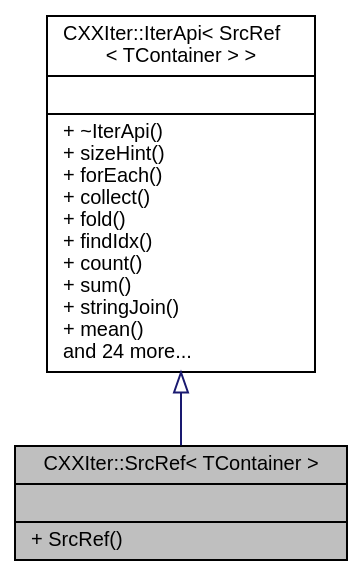
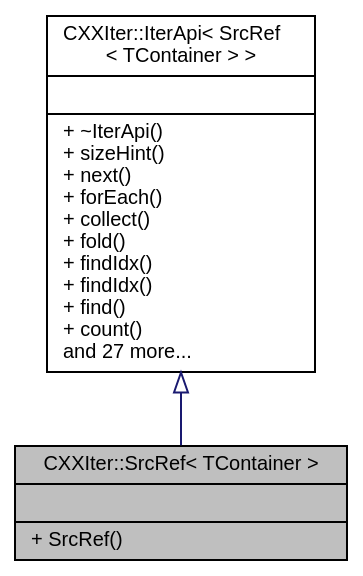
One commit to seijikun/CXXIter changed the diagram in classCXXIter_1_1SrcRef__coll__graph.dot. Above: the diagram before and after it, drawn with Graphviz. The commit also changed 24 other files, not shown here.

```diff
--- a/classCXXIter_1_1SrcRef__coll__graph.dot
+++ b/classCXXIter_1_1SrcRef__coll__graph.dot
@@ -1,11 +1,11 @@
 digraph "CXXIter::SrcRef&lt; TContainer &gt;"
 {
  // INTERACTIVE_SVG=YES
  // LATEX_PDF_SIZE
   bgcolor="transparent";
   edge [fontname="Helvetica",fontsize="10",labelfontname="Helvetica",labelfontsize="10"];
   node [fontname="Helvetica",fontsize="10",shape=record];
   Node1 [label="{CXXIter::SrcRef\< TContainer \>\n||+ SrcRef()\l}",height=0.2,width=0.4,color="black", fillcolor="grey75", style="filled", fontcolor="black",tooltip="CXXIter iterator source that mutably borrows the input item source, and passes mutable references to ..."];
   Node2 -> Node1 [dir="back",color="midnightblue",fontsize="10",style="solid",arrowtail="onormal",fontname="Helvetica"];
-  Node2 [label="{CXXIter::IterApi\< SrcRef\l\< TContainer \> \>\n||+ ~IterApi()\l+ sizeHint()\l+ forEach()\l+ collect()\l+ fold()\l+ findIdx()\l+ count()\l+ sum()\l+ stringJoin()\l+ mean()\land 24 more...\l}",height=0.2,width=0.4,color="black",URL="$classCXXIter_1_1IterApi.html",tooltip=" "];
+  Node2 [label="{CXXIter::IterApi\< SrcRef\l\< TContainer \> \>\n||+ ~IterApi()\l+ sizeHint()\l+ next()\l+ forEach()\l+ collect()\l+ fold()\l+ findIdx()\l+ findIdx()\l+ find()\l+ count()\land 27 more...\l}",height=0.2,width=0.4,color="black",URL="$classCXXIter_1_1IterApi.html",tooltip=" "];
 }
```
